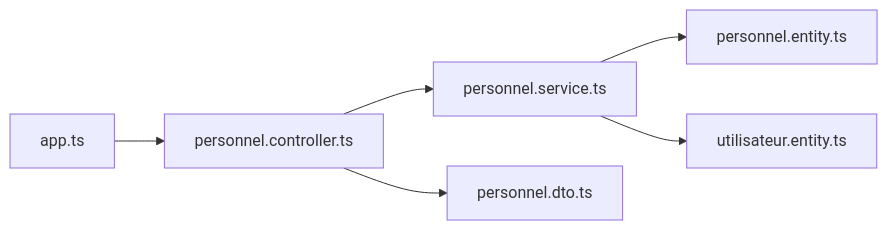
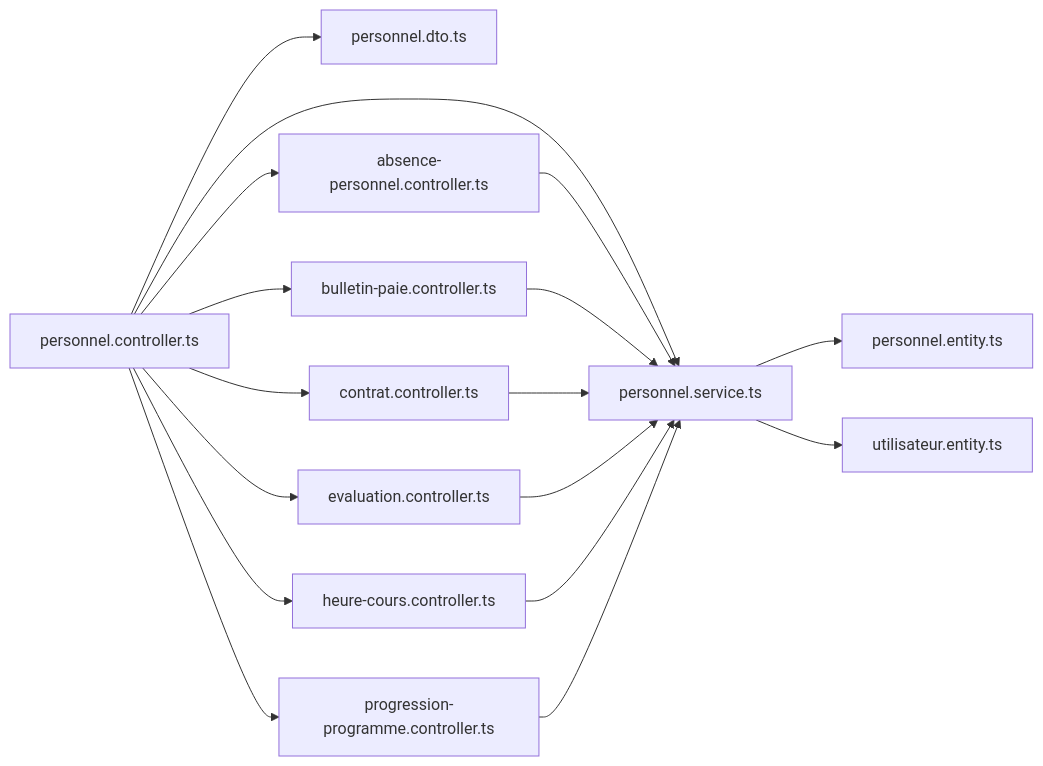
One commit to franckylab/eLISAschool changed the eighth of 8 diagrams in .qoder/repowiki/en/content/Modules & Features/Administrative Modules/Personnel & Human Resources.md. Above: the diagram before and after it, drawn with Mermaid. The commit also changed other lines of this file and 236 other files, not shown here.

````diff
--- a/.qoder/repowiki/en/content/Modules & Features/Administrative Modules/Personnel & Human Resources.md
+++ b/.qoder/repowiki/en/content/Modules & Features/Administrative Modules/Personnel & Human Resources.md
@@ -371,8 +498,19 @@
 ```mermaid
 graph LR
 PC["personnel.controller.ts"] --> PS["personnel.service.ts"]
 PS --> PE["personnel.entity.ts"]
 PS --> UE["utilisateur.entity.ts"]
 PC --> PD["personnel.dto.ts"]
-APP["app.ts"] --> PC
+PC --> APC["absence-personnel.controller.ts"]
+PC --> BPC["bulletin-paie.controller.ts"]
+PC --> CC["contrat.controller.ts"]
+PC --> EC["evaluation.controller.ts"]
+PC --> HCC["heure-cours.controller.ts"]
+PC --> PPC["progression-programme.controller.ts"]
+APC --> PS
+BPC --> PS
+CC --> PS
+EC --> PS
+HCC --> PS
+PPC --> PS
 ```
````
